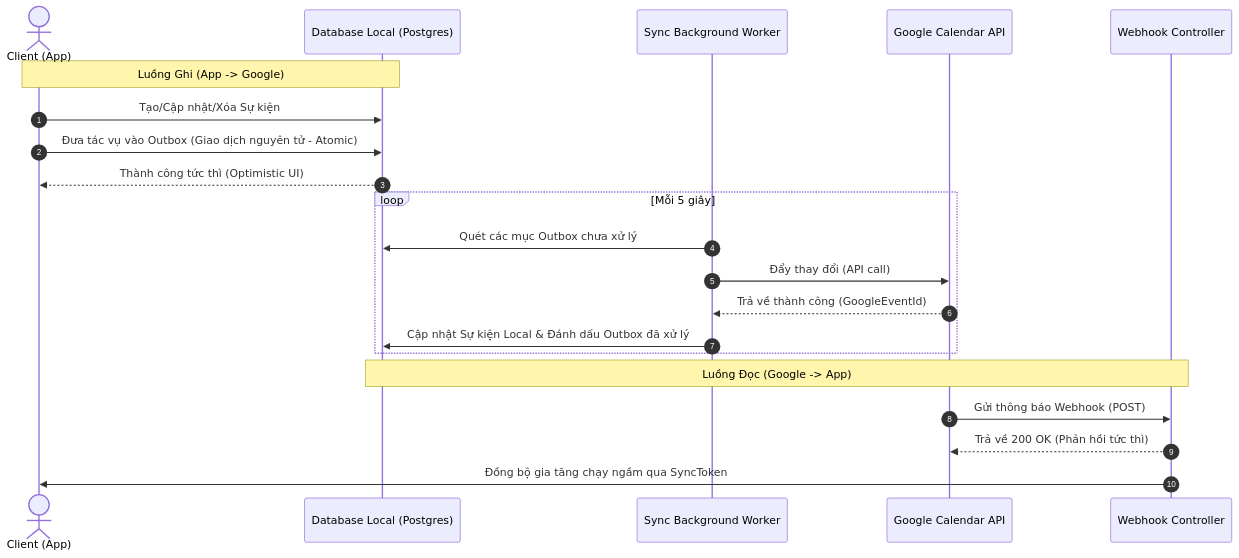
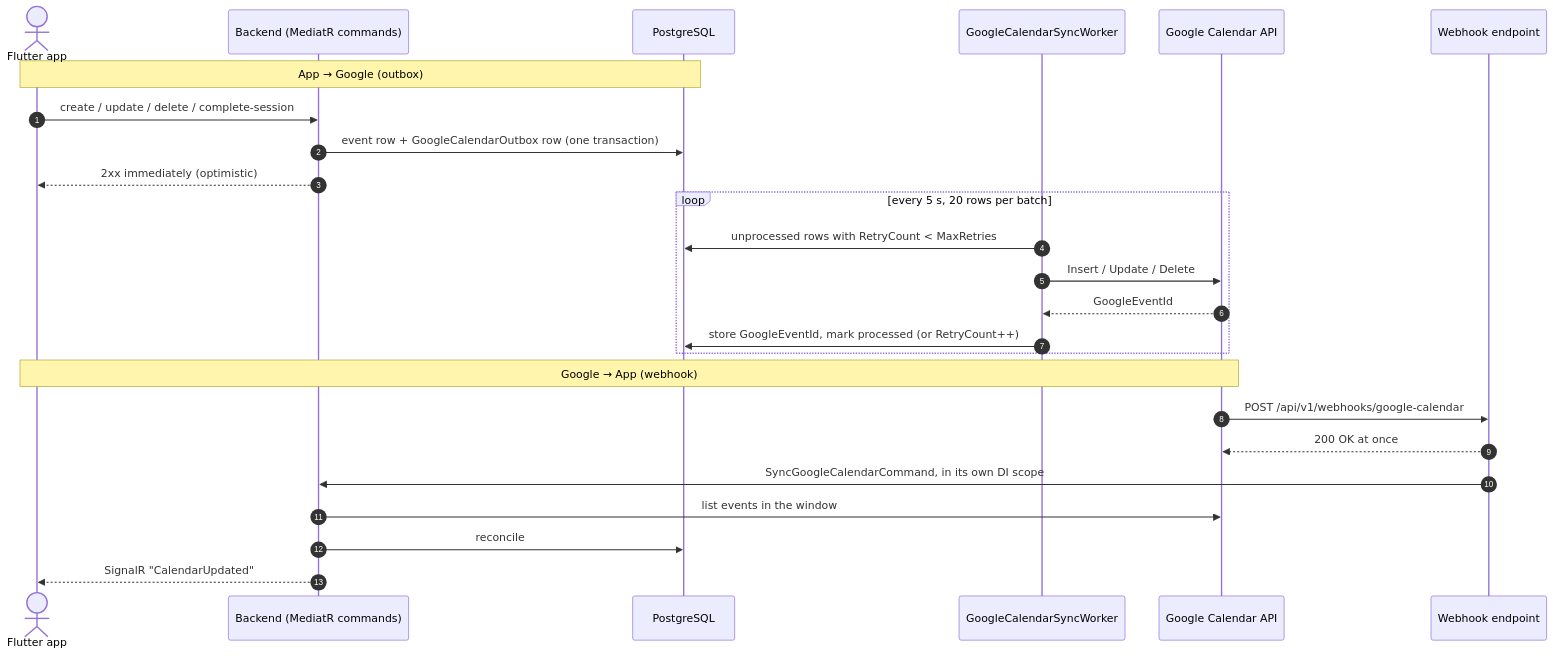
The diagram in docs/google-calendar-sync-architecture.md (jessiicamaru/events-management), drawn with Mermaid before and after one commit. The commit also changed other lines of this file and 8 other files, not shown here.

````diff
--- a/docs/google-calendar-sync-architecture.md
+++ b/docs/google-calendar-sync-architecture.md
@@ -11,25 +22,29 @@
 ```mermaid
 sequenceDiagram
     autonumber
-    actor User as Client (App)
-    participant DB as Database Local (Postgres)
-    participant Worker as Sync Background Worker
+    actor App as Flutter app
+    participant API as Backend (MediatR commands)
+    participant DB as PostgreSQL
+    participant Worker as GoogleCalendarSyncWorker
     participant Google as Google Calendar API
-    participant Webhook as Webhook Controller
+    participant Hook as Webhook endpoint
 
-    Note over User, DB: Luồng Ghi (App -> Google)
-    User->>DB: Tạo/Cập nhật/Xóa Sự kiện
-    User->>DB: Đưa tác vụ vào Outbox (Giao dịch nguyên tử - Atomic)
-    DB-->>User: Thành công tức thì (Optimistic UI)
-    loop Mỗi 5 giây
-        Worker->>DB: Quét các mục Outbox chưa xử lý
-        Worker->>Google: Đẩy thay đổi (API call)
-        Google-->>Worker: Trả về thành công (GoogleEventId)
-        Worker->>DB: Cập nhật Sự kiện Local & Đánh dấu Outbox đã xử lý
+    Note over App,DB: App → Google (outbox)
+    App->>API: create / update / delete / complete-session
+    API->>DB: event row + GoogleCalendarOutbox row (one transaction)
+    API-->>App: 2xx immediately (optimistic)
+    loop every 5 s, 20 rows per batch
+        Worker->>DB: unprocessed rows with RetryCount < MaxRetries
+        Worker->>Google: Insert / Update / Delete
+        Google-->>Worker: GoogleEventId
+        Worker->>DB: store GoogleEventId, mark processed (or RetryCount++)
     end
 
-    Note over Webhook, DB: Luồng Đọc (Google -> App)
-    Google->>Webhook: Gửi thông báo Webhook (POST)
-    Webhook-->>Google: Trả về 200 OK (Phản hồi tức thì)
-    Webhook->>User: Đồng bộ gia tăng chạy ngầm qua SyncToken
+    Note over Google,App: Google → App (webhook)
+    Google->>Hook: POST /api/v1/webhooks/google-calendar
+    Hook-->>Google: 200 OK at once
+    Hook->>API: SyncGoogleCalendarCommand, in its own DI scope
+    API->>Google: list events in the window
+    API->>DB: reconcile
+    API-->>App: SignalR "CalendarUpdated"
 ```
````
